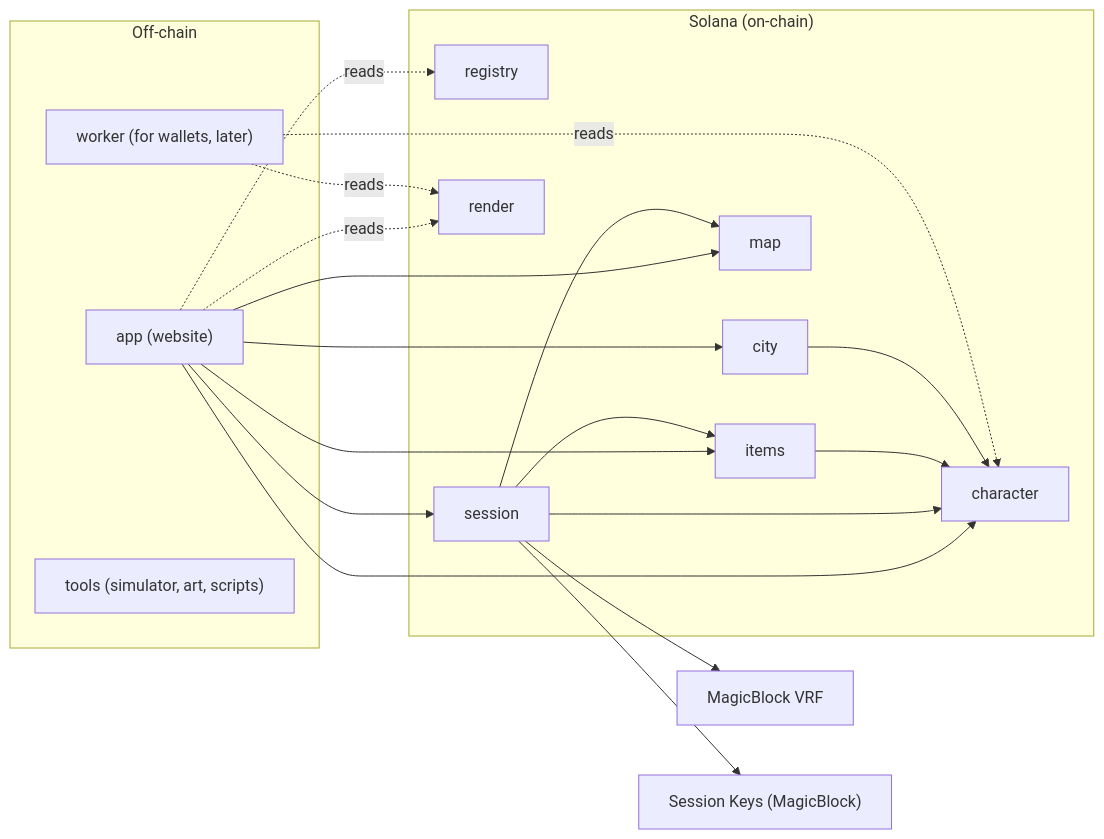
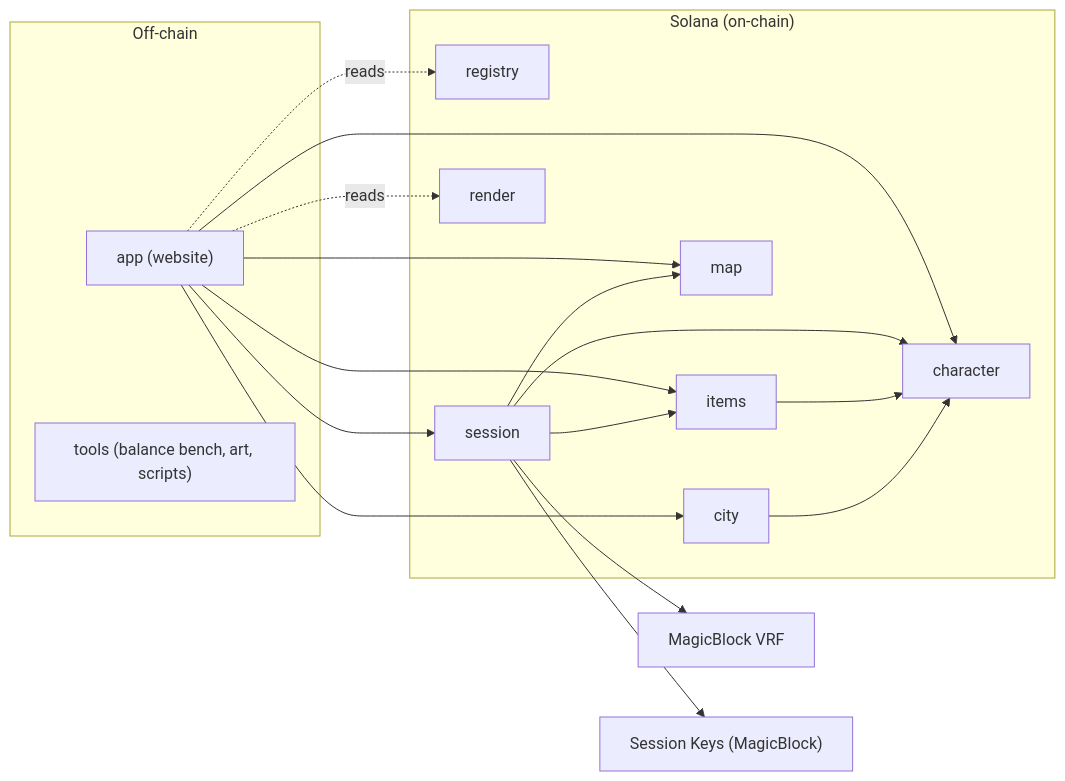
One commit to Deadroll-games/deadroll changed the diagram in README.md. Above: the diagram before and after it, drawn with Mermaid. The commit also changed other lines of this file and 1 other file, not shown here.

````diff
--- a/README.md
+++ b/README.md
@@ -61,36 +68,33 @@
 ```mermaid
 flowchart LR
     subgraph Solana["Solana (on-chain)"]
         registry
         character
         items
         map
         session
         city
         render
     end
     subgraph Offchain["Off-chain"]
         app["app (website)"]
-        worker["worker (for wallets, later)"]
-        tools["tools (simulator, art, scripts)"]
+        tools["tools (balance bench, art, scripts)"]
     end
     VRF["MagicBlock VRF"]
     SK["Session Keys (MagicBlock)"]
 
     app --> session
     app --> character
     app --> items
     app --> map
     app --> city
     app -. reads .-> registry
     app -. reads .-> render
     session --> character
     session --> items
     session --> map
     session --> VRF
     session --> SK
     items --> character
     city --> character
-    worker -. reads .-> render
-    worker -. reads .-> character
 ```
````
